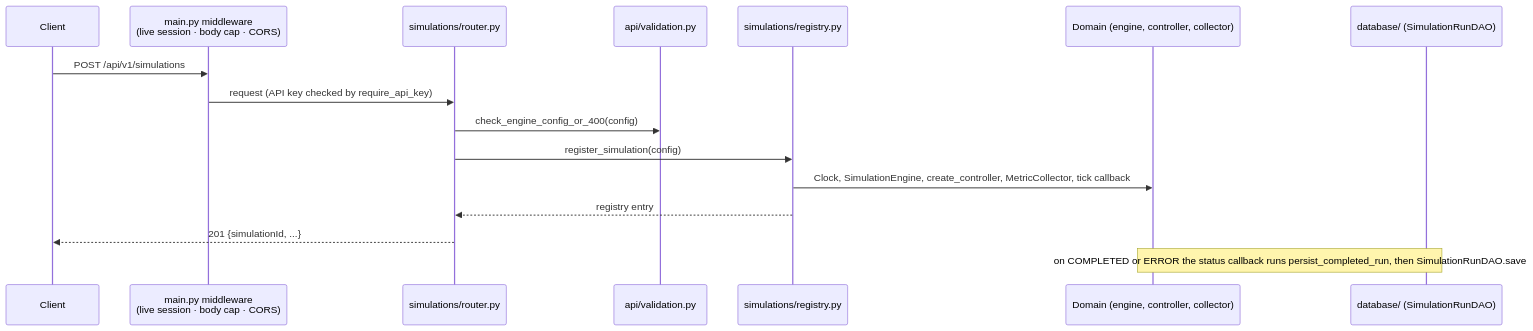
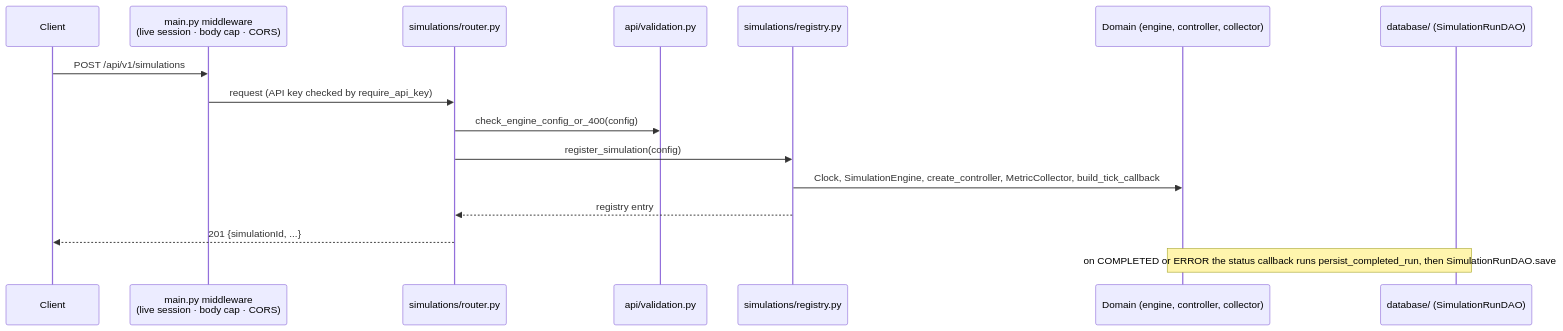
One commit to Viraj281105/Traffic-Simulation changed the second of 3 diagrams in docs/architecture/02-backend-architecture.md. Above: the diagram before and after it, drawn with Mermaid. The commit also changed other lines of this file and 179 other files, not shown here.

````diff
--- a/docs/architecture/02-backend-architecture.md
+++ b/docs/architecture/02-backend-architecture.md
@@ -129,18 +139,18 @@
 ```mermaid
 sequenceDiagram
     participant C as Client
     participant M as main.py middleware<br/>(live session · body cap · CORS)
     participant R as simulations/router.py
     participant V as api/validation.py
     participant A as simulations/registry.py
     participant E as Domain (engine, controller, collector)
     participant D as database/ (SimulationRunDAO)
     C->>M: POST /api/v1/simulations
     M->>R: request (API key checked by require_api_key)
     R->>V: check_engine_config_or_400(config)
     R->>A: register_simulation(config)
-    A->>E: Clock, SimulationEngine, create_controller, MetricCollector, tick callback
+    A->>E: Clock, SimulationEngine, create_controller, MetricCollector, build_tick_callback
     A-->>R: registry entry
     R-->>C: 201 {simulationId, ...}
     Note over E,D: on COMPLETED or ERROR the status callback runs persist_completed_run, then SimulationRunDAO.save
 ```
````
